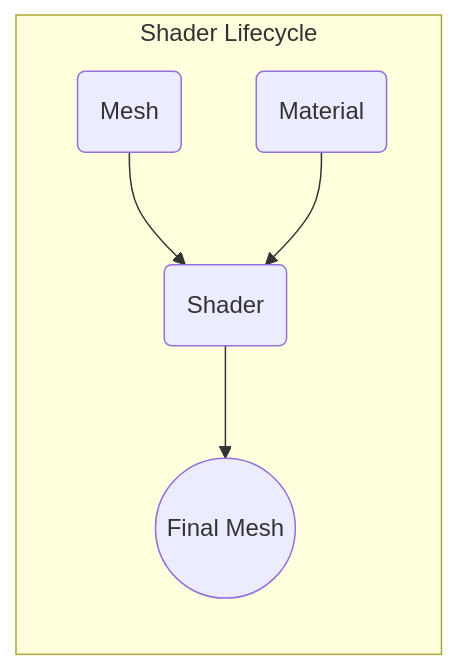
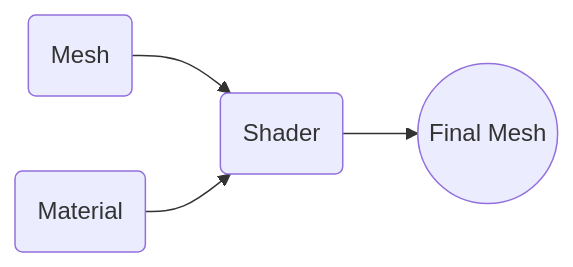
One commit to hylu-dev/hylu-blog changed the first of 4 diagrams in content/posts/2023/old/dev/intro_to_shaders/index.md. Above: the diagram before and after it, drawn with Mermaid. The commit also changed other lines of this file and 7 other files, not shown here.

```diff
--- a/content/posts/2023/old/dev/intro_to_shaders/index.md
+++ b/content/posts/2023/old/dev/intro_to_shaders/index.md
@@ -25,8 +27,6 @@
 {{< mermaid >}}
 flowchart LR
-    subgraph Shader Lifecycle
-        x("Mesh") --> s("Shader")
-        y("Material") --> s
-        s --> f(("Final Mesh"))
-    end
+    x("Mesh") --> s("Shader")
+    y("Material") --> s
+    s --> f(("Final Mesh"))
 {{< /mermaid >}}
```
